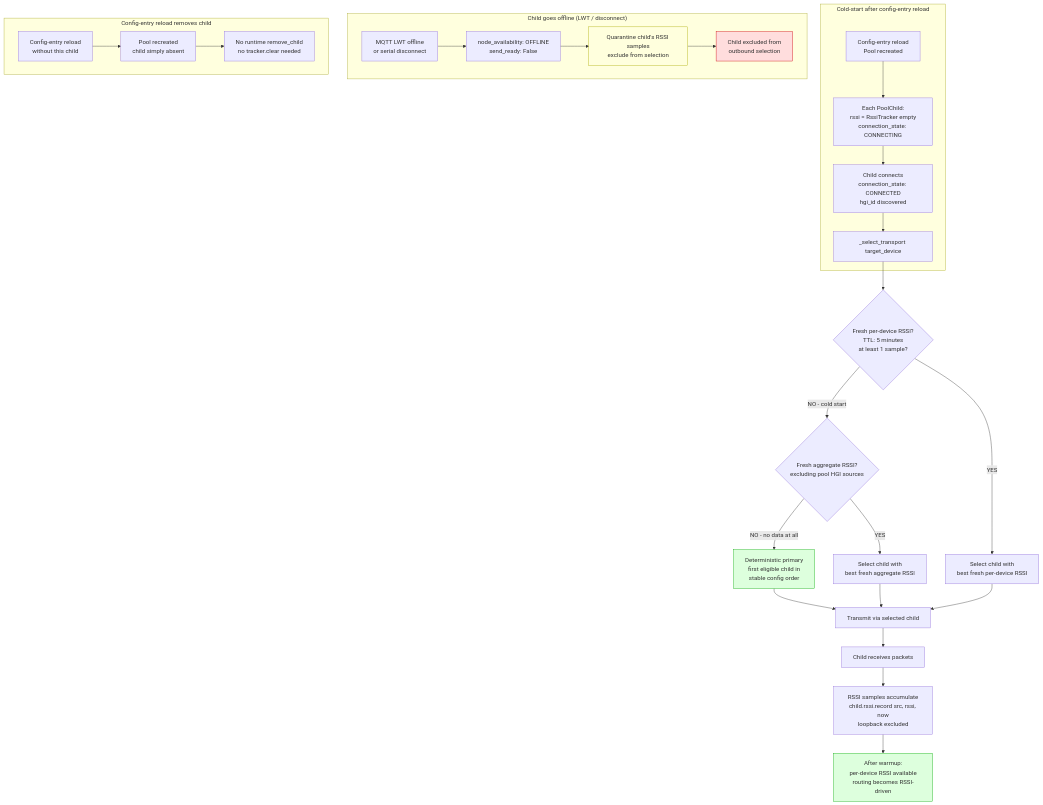
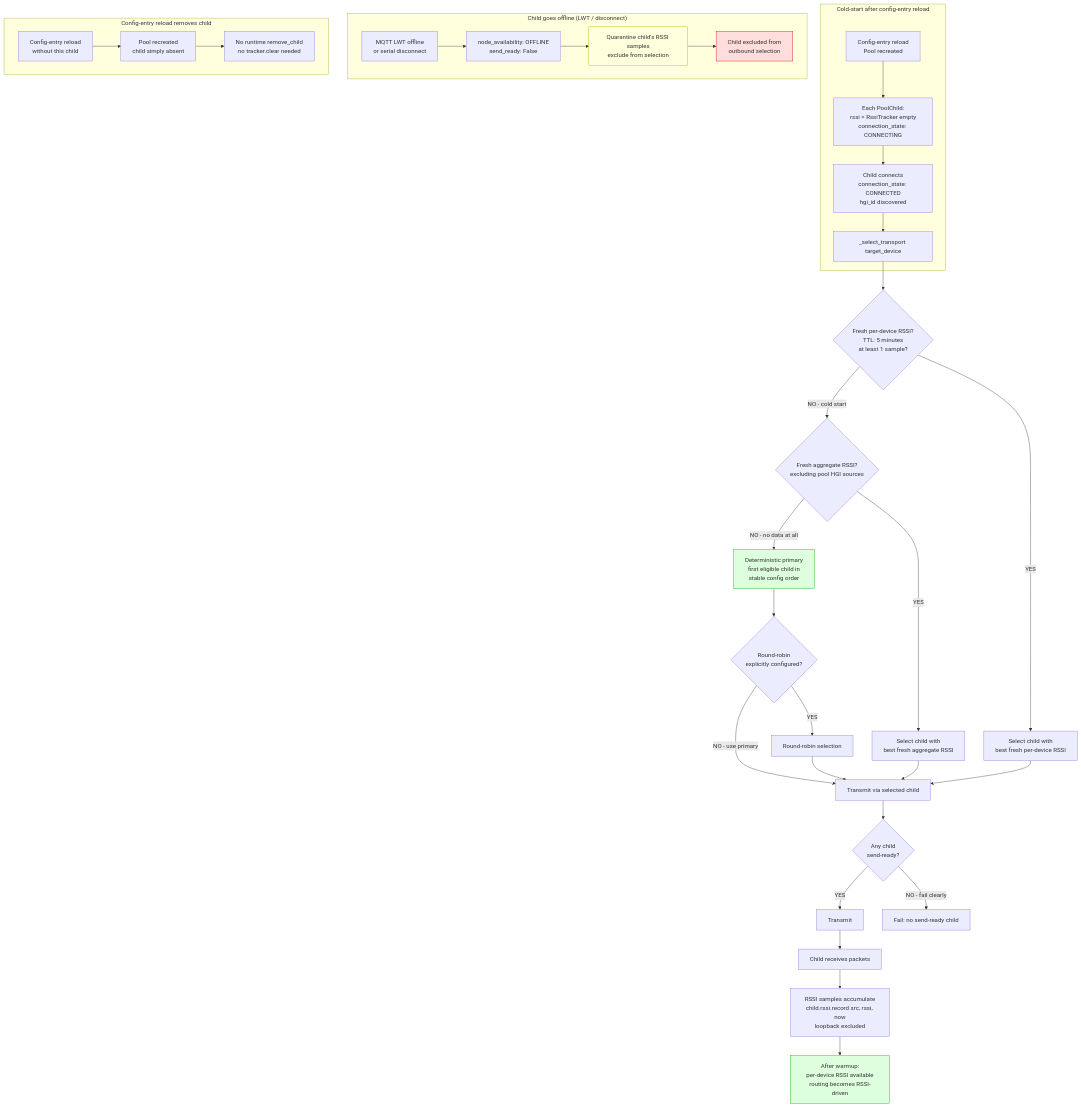
One commit to ramses-rf/ramses_cc changed the diagram in docs/diagrams/04_rssi_add_remove.md. Above: the diagram before and after it, drawn with Mermaid. The commit also changed other lines of this file and 4 other files, not shown here.

First line of the commit message:
docs: fix diagram accuracy after fact-check against plan

````diff
--- a/docs/diagrams/04_rssi_add_remove.md
+++ b/docs/diagrams/04_rssi_add_remove.md
@@ -3,42 +3,49 @@
 ```mermaid
 flowchart TD
     subgraph ColdStart["Cold-start after config-entry reload"]
         Reload["Config-entry reload<br/>Pool recreated"]
         Reload --> Init["Each PoolChild:<br/>rssi = RssiTracker empty<br/>connection_state: CONNECTING"]
         Init --> Connected["Child connects<br/>connection_state: CONNECTED<br/>hgi_id discovered"]
         Connected --> Select["_select_transport target_device"]
     end
 
     Select --> Check1{"Fresh per-device RSSI?<br/>TTL: 5 minutes<br/>at least 1 sample?"}
     Check1 -->|"NO - cold start"| Check2{"Fresh aggregate RSSI?<br/>excluding pool HGI sources"}
     Check2 -->|"NO - no data at all"| Primary["Deterministic primary<br/>first eligible child in<br/>stable config order"]
     Check1 -->|"YES"| Best["Select child with<br/>best fresh per-device RSSI"]
     Check2 -->|"YES"| BestAgg["Select child with<br/>best fresh aggregate RSSI"]
 
-    Primary --> UseChild["Transmit via selected child"]
+    Primary --> CheckRR{"Round-robin<br/>explicitly configured?"}
+    CheckRR -->|"NO - use primary"| UseChild["Transmit via selected child"]
+    CheckRR -->|"YES"| RR["Round-robin selection"]
+    RR --> UseChild
     Best --> UseChild
     BestAgg --> UseChild
 
-    UseChild --> Packets["Child receives packets"]
+    UseChild --> CheckSend{"Any child<br/>send-ready?"}
+    CheckSend -->|"YES"| Transmit["Transmit"]
+    CheckSend -->|"NO - fail clearly"| Fail["Fail: no send-ready child"]
+
+    Transmit --> Packets["Child receives packets"]
     Packets --> Accumulate["RSSI samples accumulate<br/>child.rssi.record src, rssi, now<br/>loopback excluded"]
 
     Accumulate --> Transition["After warmup:<br/>per-device RSSI available<br/>routing becomes RSSI-driven"]
 
     subgraph Offline["Child goes offline (LWT / disconnect)"]
         LWT["MQTT LWT offline<br/>or serial disconnect"]
         LWT --> Avail["node_availability: OFFLINE<br/>send_ready: False"]
         Avail --> Quarantine["Quarantine child's RSSI samples<br/>exclude from selection"]
         Quarantine --> Excluded["Child excluded from<br/>outbound selection"]
     end
 
     subgraph ConfigChange["Config-entry reload removes child"]
         RemoveReload["Config-entry reload<br/>without this child"]
         RemoveReload --> Recreate["Pool recreated<br/>child simply absent"]
         Recreate --> NoClear["No runtime remove_child<br/>no tracker.clear needed"]
     end
 
     style Primary fill:#dfd,stroke:#0a0
     style Transition fill:#dfd,stroke:#0a0
     style Excluded fill:#fdd,stroke:#c00
     style Quarantine fill:#ffd,stroke:#aa0
 ```
````
